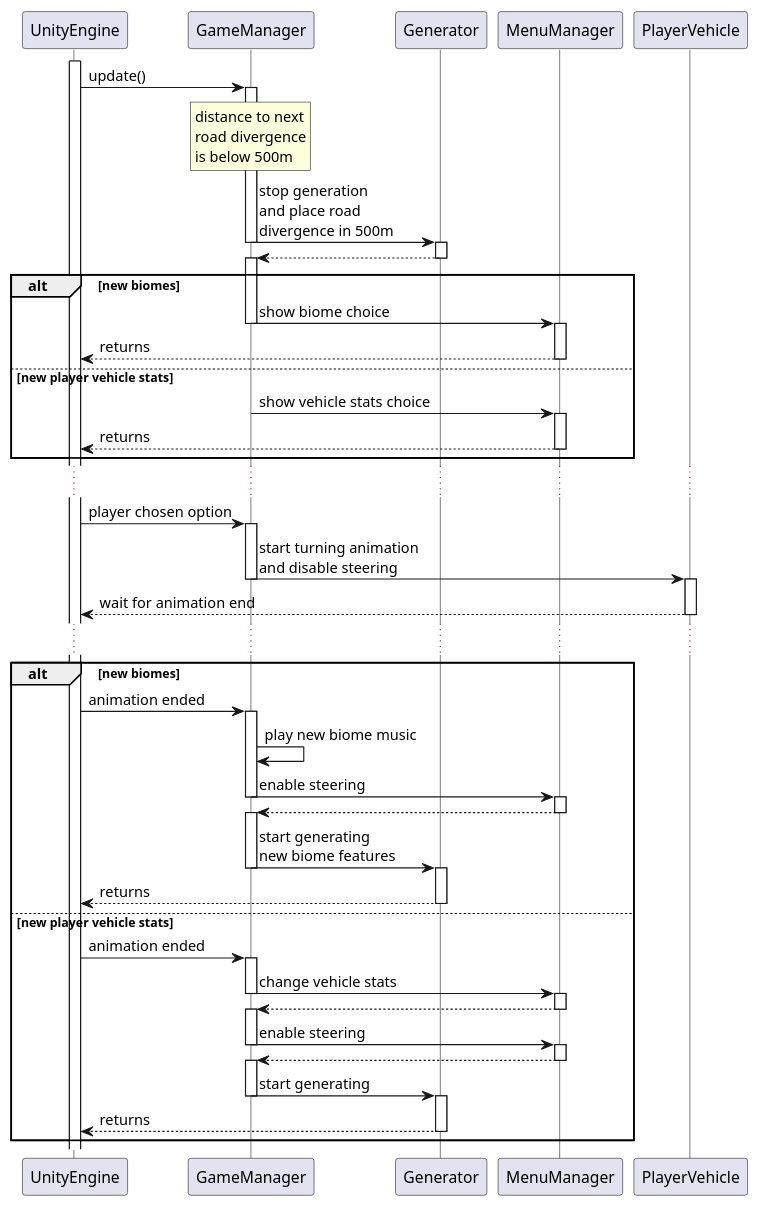
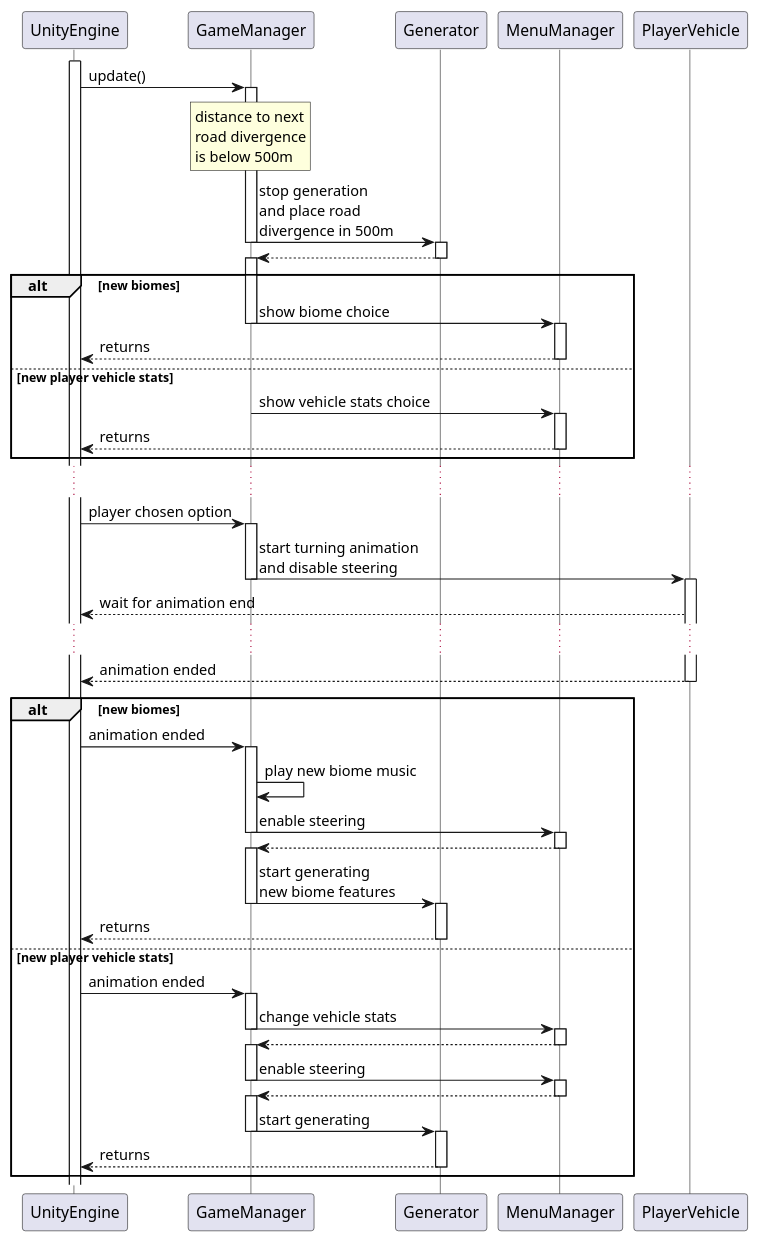
Before and after one commit to CKTA00/Robbery_Rush_UML: the diagram in UML/change_sequence_diagram.puml, drawn with PlantUML. The commit also changed 2 other files, not shown here.

```diff
--- a/UML/change_sequence_diagram.puml
+++ b/UML/change_sequence_diagram.puml
@@ -1,50 +1,51 @@
 @startuml
 'https://plantuml.com/sequence-diagram
 
 'autonumber
 skinparam lifelineStrategy solid
 participant UnityEngine
 activate UnityEngine
 UnityEngine -> GameManager ++: update()
 rnote over GameManager: distance to next\nroad divergence\nis below 500m
 GameManager -> Generator --++: stop generation\nand place road\ndivergence in 500m
 GameManager <-- Generator --++:
 
 
 alt new biomes
     GameManager -> MenuManager --++: show biome choice
     UnityEngine <-- MenuManager --: returns
 else new player vehicle stats
     GameManager -> MenuManager --++: show vehicle stats choice
     UnityEngine <-- MenuManager --: returns
 end
 
 ...
 UnityEngine -> GameManager ++: player chosen option
 GameManager -> PlayerVehicle --++: start turning animation\nand disable steering
-UnityEngine <-- PlayerVehicle --: wait for animation end
+UnityEngine <-- PlayerVehicle: wait for animation end
 ...
+UnityEngine <-- PlayerVehicle--: animation ended
 
 alt new biomes
 UnityEngine -> GameManager ++: animation ended
     GameManager -> GameManager: play new biome music
     GameManager -> MenuManager --++: enable steering
     GameManager <-- MenuManager --++:
     GameManager -> Generator --++: start generating\nnew biome features
     UnityEngine <-- Generator --: returns
 
 else new player vehicle stats
     UnityEngine -> GameManager ++: animation ended
     GameManager -> MenuManager --++: change vehicle stats
     GameManager <-- MenuManager --++:
     GameManager -> MenuManager --++: enable steering
     GameManager <-- MenuManager --++:
     GameManager -> Generator --++: start generating
     UnityEngine <-- Generator --: returns
     'UnityEngine <-- MenuManager --: returns
 end
 
 
 
 
 @enduml
```
